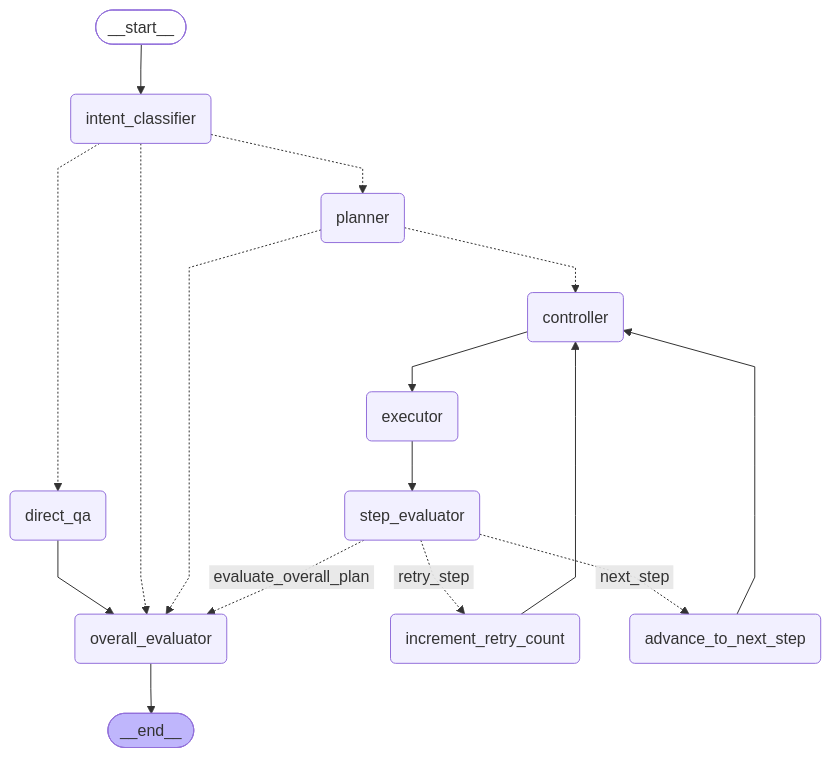
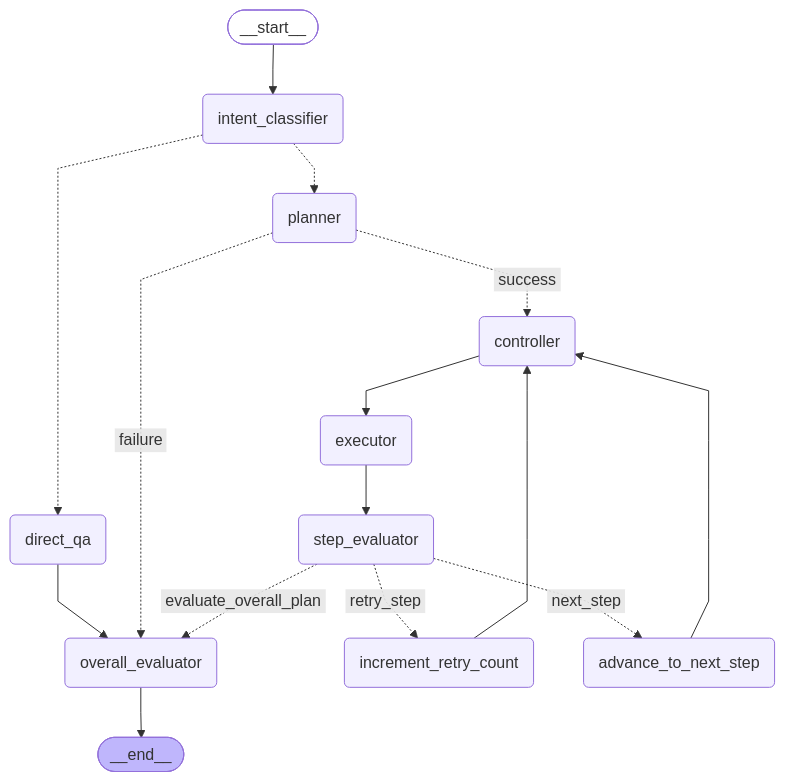
The diagram in research_agent_graph_definition.md (vbianchi/ResearchAgent), drawn with Mermaid before and after one commit. The commit also changed 4 other files, not shown here.

````diff
--- a/research_agent_graph_definition.md
+++ b/research_agent_graph_definition.md
@@ -5,38 +5,37 @@
 ```mermaid
 ---
 config:
   flowchart:
     curve: linear
 ---
 graph TD;
 	__start__([<p>__start__</p>]):::first
 	intent_classifier(intent_classifier)
 	direct_qa(direct_qa)
 	planner(planner)
 	controller(controller)
 	executor(executor)
 	step_evaluator(step_evaluator)
 	overall_evaluator(overall_evaluator)
 	increment_retry_count(increment_retry_count)
 	advance_to_next_step(advance_to_next_step)
 	__end__([<p>__end__</p>]):::last
 	__start__ --> intent_classifier;
 	advance_to_next_step --> controller;
 	controller --> executor;
 	direct_qa --> overall_evaluator;
 	executor --> step_evaluator;
 	increment_retry_count --> controller;
 	intent_classifier -.-> direct_qa;
-	intent_classifier -.-> overall_evaluator;
 	intent_classifier -.-> planner;
-	planner -.-> controller;
-	planner -.-> overall_evaluator;
-	step_evaluator -. &nbsp;next_step&nbsp; .-> advance_to_next_step;
-	step_evaluator -. &nbsp;retry_step&nbsp; .-> increment_retry_count;
-	step_evaluator -. &nbsp;evaluate_overall_plan&nbsp; .-> overall_evaluator;
+	planner -.->|&nbsp;success&nbsp;| controller;
+	planner -.->|&nbsp;failure&nbsp;| overall_evaluator;
+	step_evaluator -.->|&nbsp;next_step&nbsp;| advance_to_next_step;
+	step_evaluator -.->|&nbsp;retry_step&nbsp;| increment_retry_count;
+	step_evaluator -.->|&nbsp;evaluate_overall_plan&nbsp;| overall_evaluator;
 	overall_evaluator --> __end__;
 	classDef default fill:#f2f0ff,line-height:1.2
 	classDef first fill-opacity:0
 	classDef last fill:#bfb6fc
 
 ```
````
